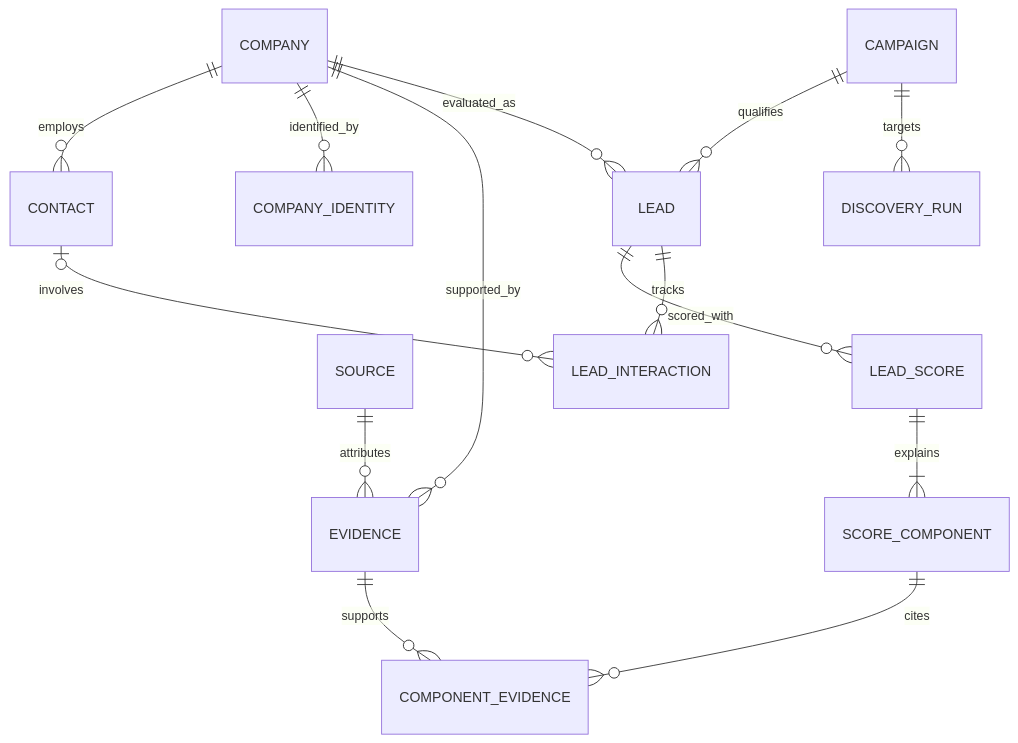
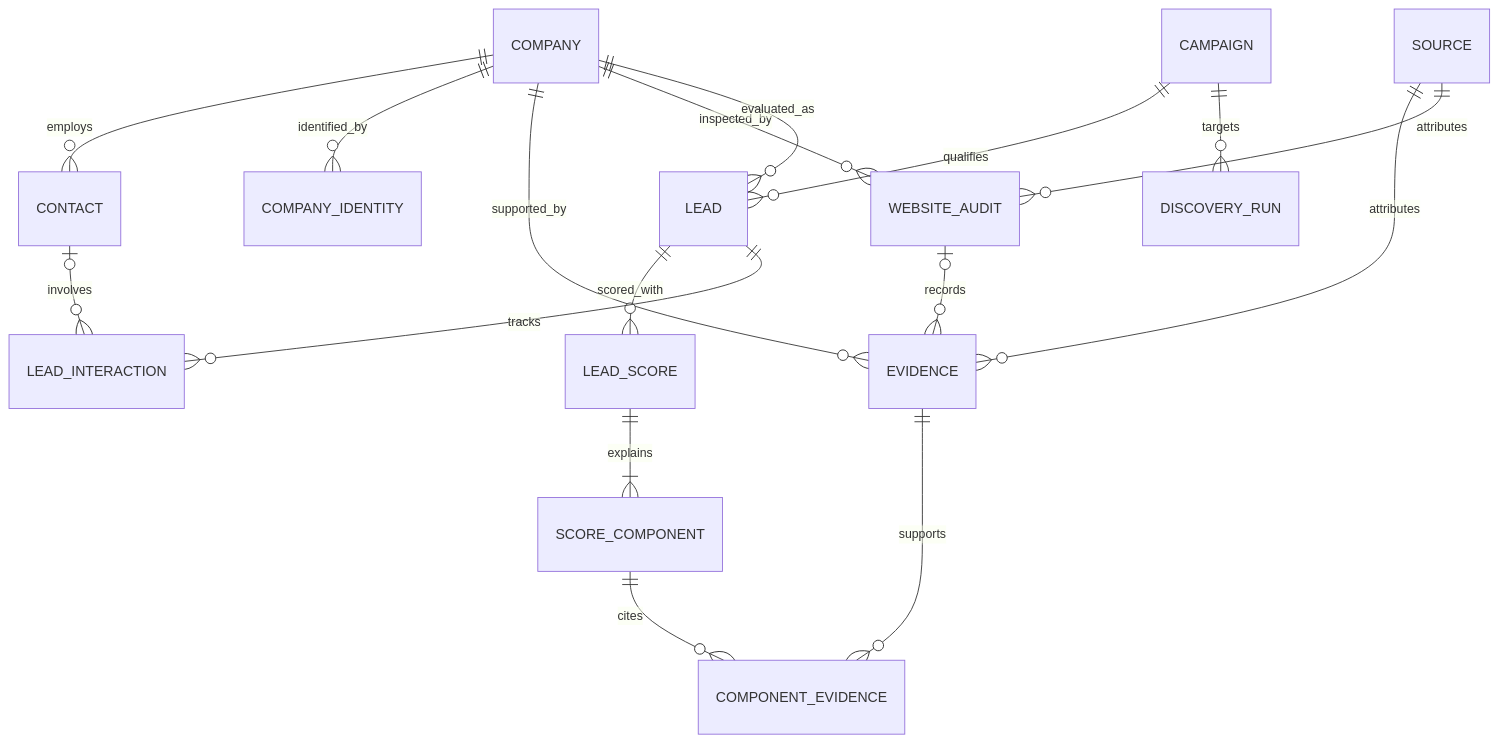
One commit to Franchute10/commercial-lead-engine changed the second of 4 diagrams in docs/architecture.md. Above: the diagram before and after it, drawn with Mermaid. The commit also changed other lines of this file and 26 other files, not shown here.

````diff
--- a/docs/architecture.md
+++ b/docs/architecture.md
@@ -23,16 +23,19 @@
 ```mermaid
 erDiagram
     COMPANY ||--o{ CONTACT : employs
     COMPANY ||--o{ COMPANY_IDENTITY : identified_by
     COMPANY ||--o{ EVIDENCE : supported_by
     SOURCE ||--o{ EVIDENCE : attributes
+    COMPANY ||--o{ WEBSITE_AUDIT : inspected_by
+    SOURCE ||--o{ WEBSITE_AUDIT : attributes
+    WEBSITE_AUDIT o|--o{ EVIDENCE : records
     COMPANY ||--o{ LEAD : evaluated_as
     CAMPAIGN ||--o{ LEAD : qualifies
     CAMPAIGN ||--o{ DISCOVERY_RUN : targets
     LEAD ||--o{ LEAD_SCORE : scored_with
     LEAD_SCORE ||--|{ SCORE_COMPONENT : explains
     SCORE_COMPONENT ||--o{ COMPONENT_EVIDENCE : cites
     EVIDENCE ||--o{ COMPONENT_EVIDENCE : supports
     LEAD ||--o{ LEAD_INTERACTION : tracks
     CONTACT o|--o{ LEAD_INTERACTION : involves
 ```
````
